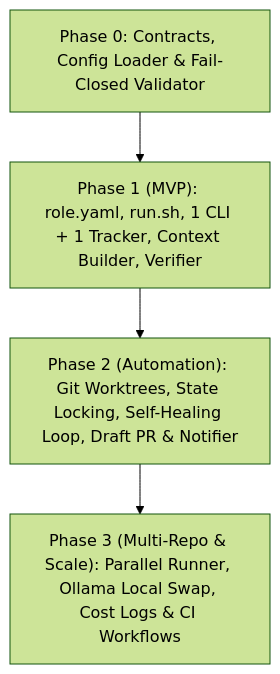
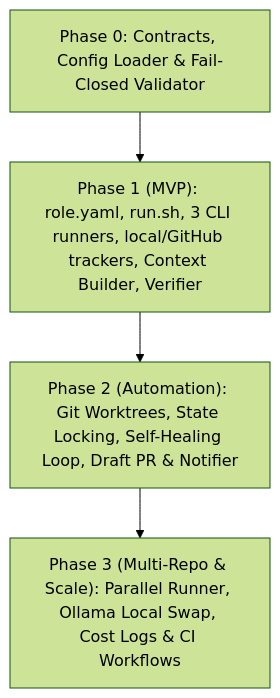
Before and after one commit to islam-kamel/software_factory: the diagram in docs/implementation_plan.md, drawn with Mermaid (forest theme). The commit also changed other lines of this file and 47 other files, not shown here.

First line of the commit message:
feat: add scoped Linux workflow and CLI runners (#3)

````diff
--- a/docs/implementation_plan.md
+++ b/docs/implementation_plan.md
@@ -23,9 +23,9 @@
 ```mermaid
 flowchart TB
     P0["Phase 0: Contracts, Config Loader & Fail-Closed Validator"]
-    P1["Phase 1 (MVP): role.yaml, run.sh, 1 CLI + 1 Tracker, Context Builder, Verifier"]
+    P1["Phase 1 (MVP): role.yaml, run.sh, 3 CLI runners, local/GitHub trackers, Context Builder, Verifier"]
     P2["Phase 2 (Automation): Git Worktrees, State Locking, Self-Healing Loop, Draft PR & Notifier"]
     P3["Phase 3 (Multi-Repo & Scale): Parallel Runner, Ollama Local Swap, Cost Logs & CI Workflows"]
 
     P0 --> P1 --> P2 --> P3
 ```
````
